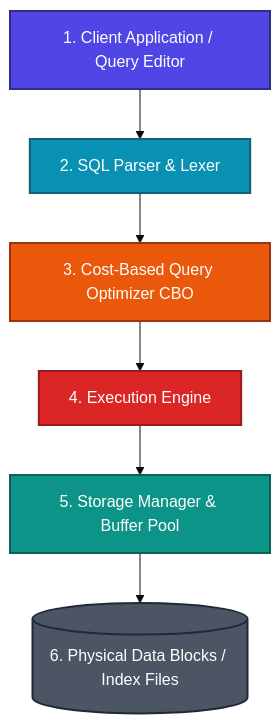
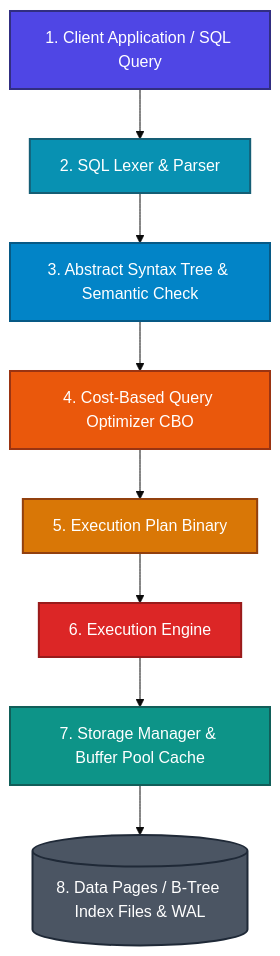
Before and after one commit to kamranxdev/kdev-notes: the diagram in content/docs/database/sql/index.mdx, drawn with Mermaid (base theme). The commit also changed other lines of this file and 11 other files, not shown here.

````diff
--- a/content/docs/database/sql/index.mdx
+++ b/content/docs/database/sql/index.mdx
@@ -8,15 +10,19 @@
 ```mermaid
 graph TD
-    Client[1. Client Application / Query Editor] --> parser[2. SQL Parser & Lexer]
-    parser --> optimizer[3. Cost-Based Query Optimizer CBO]
-    optimizer --> exec[4. Execution Engine]
-    exec --> storage[5. Storage Manager & Buffer Pool]
-    storage --> disk[(6. Physical Data Blocks / Index Files)]
+    Client[1. Client Application / SQL Query] --> parser[2. SQL Lexer & Parser]
+    parser --> AST[3. Abstract Syntax Tree & Semantic Check]
+    AST --> optimizer[4. Cost-Based Query Optimizer CBO]
+    optimizer --> Plan[5. Execution Plan Binary]
+    Plan --> exec[6. Execution Engine]
+    exec --> storage[7. Storage Manager & Buffer Pool Cache]
+    storage --> disk[(8. Data Pages / B-Tree Index Files & WAL)]
     
     style Client fill:#4f46e5,stroke:#312e81,stroke-width:2px,color:#fff
     style parser fill:#0891b2,stroke:#155e75,stroke-width:2px,color:#fff
+    style AST fill:#0284c7,stroke:#075985,stroke-width:2px,color:#fff
     style optimizer fill:#ea580c,stroke:#9a3412,stroke-width:2px,color:#fff
+    style Plan fill:#d97706,stroke:#92400e,stroke-width:2px,color:#fff
     style exec fill:#dc2626,stroke:#991b1b,stroke-width:2px,color:#fff
     style storage fill:#0d9488,stroke:#115e59,stroke-width:2px,color:#fff
     style disk fill:#4b5563,stroke:#1f2937,stroke-width:2px,color:#fff
 ```
````
